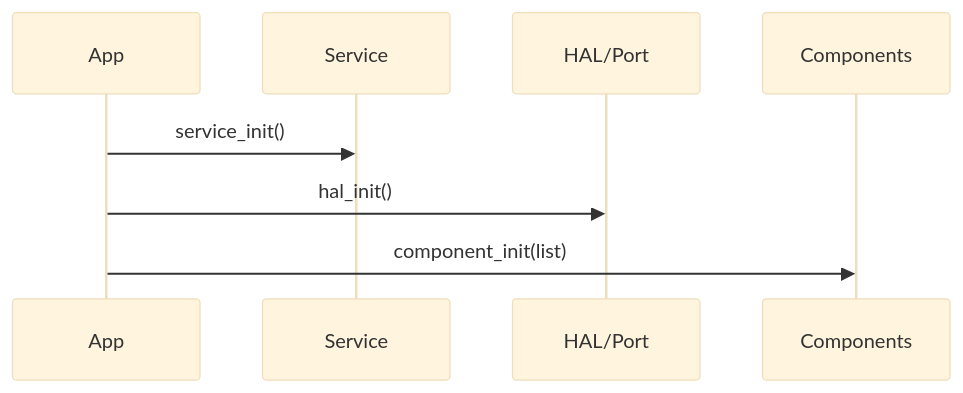
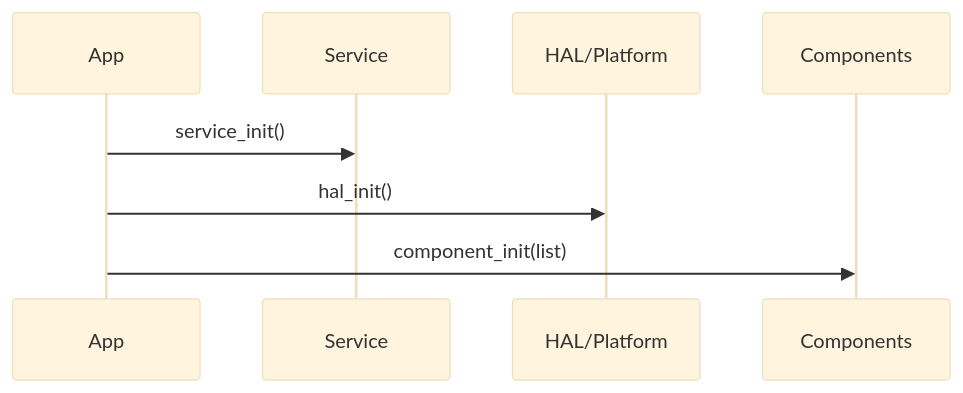
Before and after one commit to Little-Red-Cap/Charm-os: the diagram in docs/service_component_init.md, drawn with Mermaid (base theme). The commit also changed other lines of this file and 26 other files, not shown here.

````diff
--- a/docs/service_component_init.md
+++ b/docs/service_component_init.md
@@ -19,11 +19,11 @@
 ```mermaid
 sequenceDiagram
   participant App as App
   participant SVC as Service
-  participant HAL as HAL/Port
+  participant HAL as HAL/Platform
   participant CMP as Components
 
   App->>SVC: service_init()
   App->>HAL: hal_init()
   App->>CMP: component_init(list)
 ```
````
